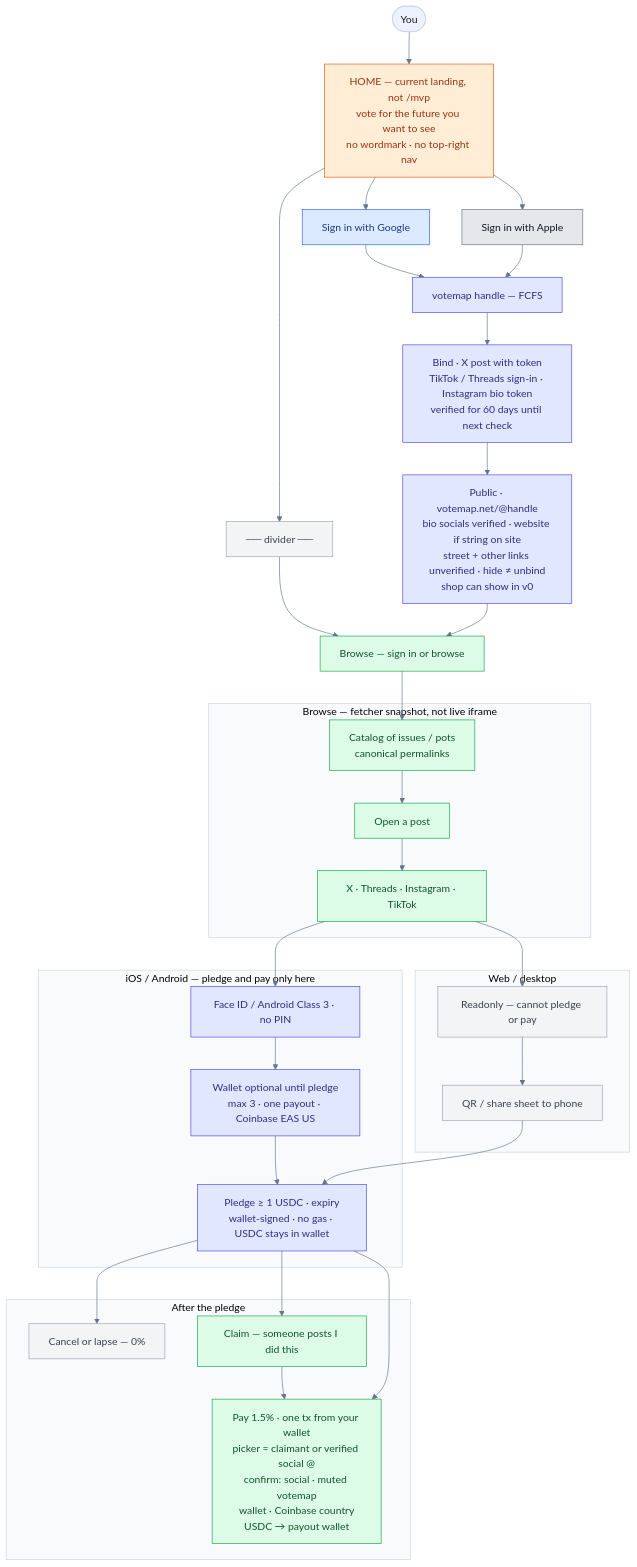
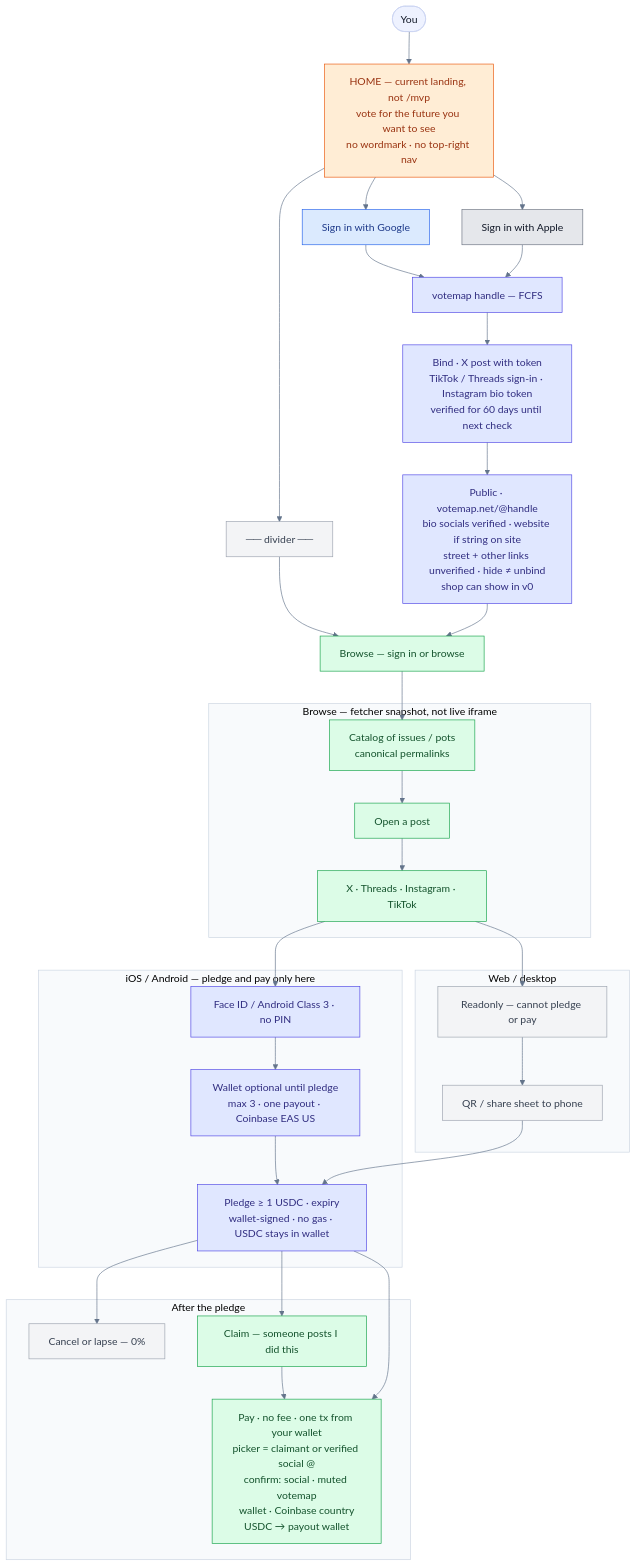
One commit to isaacy13/votemap.net changed the first of 3 diagrams in spec/flows.md. Above: the diagram before and after it, drawn with Mermaid. The commit also changed other lines of this file and 7 other files, not shown here.

````diff
--- a/spec/flows.md
+++ b/spec/flows.md
@@ -35,66 +35,66 @@
 ```mermaid
 %%{init: {"theme":"base","themeVariables":{"fontFamily":"Inter, system-ui, sans-serif","primaryColor":"#eef2ff","primaryTextColor":"#111827","lineColor":"#64748b","clusterBkg":"#f8fafc","clusterBorder":"#cbd5e1"}}}%%
 flowchart TB
   You([You]) --> Home
   Home["HOME — current landing, not /mvp<br/>vote for the future you want to see<br/>no wordmark · no top-right nav"]
 
   Home --> Google["Sign in with Google"]
   Home --> Apple["Sign in with Apple"]
   Home --> Divider["── divider ──"]
   Divider --> Browse["Browse — sign in or browse"]
 
   Google --> Handle
   Apple --> Handle["votemap handle — FCFS"]
   Handle --> Bind["Bind · X post with token<br/>TikTok / Threads sign-in · Instagram bio token<br/>verified for 60 days until next check"]
   Bind --> Page["Public · votemap.net/@handle<br/>bio socials verified · website if string on site<br/>street + other links unverified · hide ≠ unbind<br/>shop can show in v0"]
   Page --> Browse
 
   subgraph browsePage ["Browse — fetcher snapshot, not live iframe"]
     Catalog["Catalog of issues / pots<br/>canonical permalinks"]
     OpenPost["Open a post"]
     URLs["X · Threads · Instagram · TikTok"]
     Catalog --> OpenPost --> URLs
   end
   Browse --> Catalog
 
   subgraph webcol ["Web / desktop"]
     Readonly["Readonly — cannot pledge or pay"]
     QR["QR / share sheet to phone"]
     Readonly --> QR
   end
 
   subgraph phonecol ["iOS / Android — pledge and pay only here"]
     Face["Face ID / Android Class 3 · no PIN"]
     Wallet["Wallet optional until pledge<br/>max 3 · one payout · Coinbase EAS US"]
     Pledge["Pledge ≥ 1 USDC · expiry<br/>wallet-signed · no gas · USDC stays in wallet"]
     Face --> Wallet --> Pledge
   end
 
   URLs --> Readonly
   URLs --> Face
   QR --> Pledge
 
   subgraph after ["After the pledge"]
     Cancel["Cancel or lapse — 0%"]
     Claim["Claim — someone posts I did this"]
-    Pay["Pay 1.5% · one tx from your wallet<br/>picker = claimant or verified social @<br/>confirm: social · muted votemap<br/>wallet · Coinbase country<br/>USDC → payout wallet"]
+    Pay["Pay · no fee · one tx from your wallet<br/>picker = claimant or verified social @<br/>confirm: social · muted votemap<br/>wallet · Coinbase country<br/>USDC → payout wallet"]
   end
 
   Pledge --> Cancel
   Pledge --> Claim --> Pay
   Pledge --> Pay
 
   classDef home fill:#ffedd5,stroke:#ea580c,color:#9a3412
   classDef google fill:#dbeafe,stroke:#2563eb,color:#1e3a8a
   classDef apple fill:#e5e7eb,stroke:#6b7280,color:#111827
   classDef ok fill:#dcfce7,stroke:#16a34a,color:#14532d
   classDef info fill:#e0e7ff,stroke:#4f46e5,color:#312e81
   classDef grey fill:#f3f4f6,stroke:#9ca3af,color:#374151
   classDef warn fill:#fee2e2,stroke:#dc2626,color:#7f1d1d
   class Home home
   class Google google
   class Apple apple
   class Handle,Bind,Page,Face,Wallet,Pledge info
   class Browse,Catalog,OpenPost,URLs,Claim,Pay ok
   class Readonly,QR,Divider,Cancel grey
 ```
````
